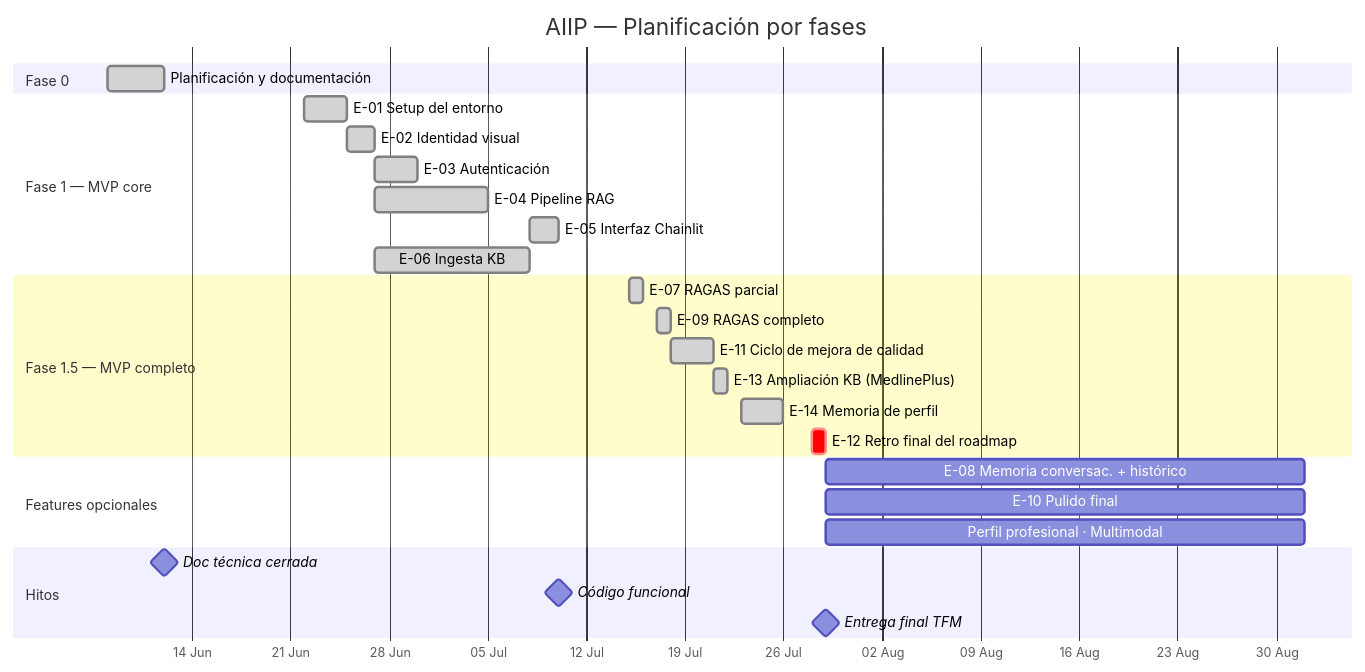
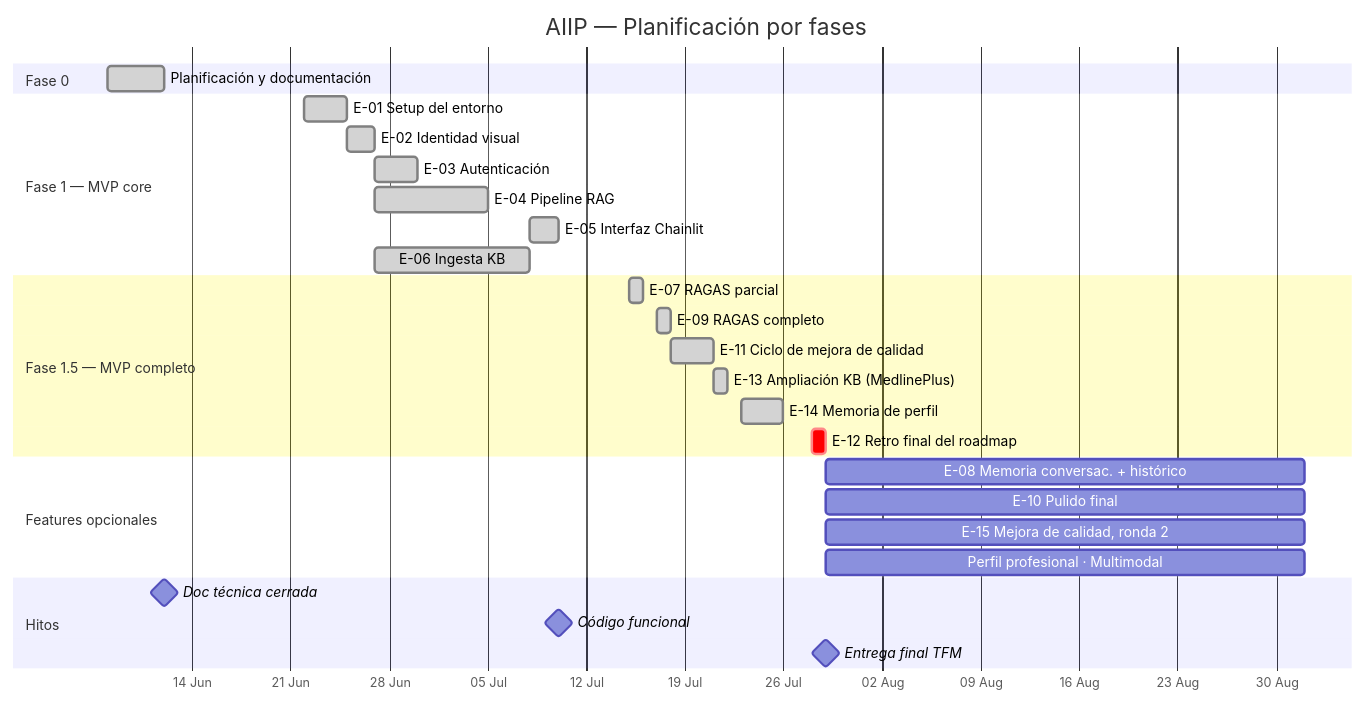
Before and after one commit to mimpho/aiip: the diagram in README.md, drawn with Mermaid. The commit also changed other lines of this file and 2 other files, not shown here.

````diff
--- a/README.md
+++ b/README.md
@@ -69,35 +70,36 @@
 ```mermaid
 gantt
     title AIIP — Planificación por fases
     dateFormat  YYYY-MM-DD
     axisFormat  %d %b
 
     section Fase 0
     Planificación y documentación     :done,    f0, 2026-06-08, 2026-06-12
 
     section Fase 1 — MVP core
     E-01 Setup del entorno            :done,    e01, 2026-06-22, 2026-06-25
     E-02 Identidad visual             :done,    e02, 2026-06-25, 2026-06-27
     E-03 Autenticación                :done,    e03, 2026-06-27, 2026-06-30
     E-04 Pipeline RAG                 :done,    e04, 2026-06-27, 2026-07-05
     E-05 Interfaz Chainlit            :done,    e05, 2026-07-08, 2026-07-10
     E-06 Ingesta KB                   :done,    e06, 2026-06-27, 2026-07-08
 
     section Fase 1.5 — MVP completo
     E-07 RAGAS parcial                :done,    e07, 2026-07-15, 2026-07-16
     E-09 RAGAS completo                :done,    e09, 2026-07-17, 2026-07-18
     E-11 Ciclo de mejora de calidad   :done,    e11, 2026-07-18, 2026-07-21
     E-13 Ampliación KB (MedlinePlus)  :done,    e13, 2026-07-21, 2026-07-22
     E-14 Memoria de perfil            :done,    e14, 2026-07-23, 2026-07-26
     E-12 Retro final del roadmap      :crit,    e12, 2026-07-28, 2026-07-29
 
     section Features opcionales
     E-08 Memoria conversac. + histórico :       e08, 2026-07-29, 2026-09-01
     E-10 Pulido final                 :         e10, 2026-07-29, 2026-09-01
+    E-15 Mejora de calidad, ronda 2   :         e15, 2026-07-29, 2026-09-01
     Perfil profesional · Multimodal   :         fo, 2026-07-29, 2026-09-01
 
     section Hitos
     Doc técnica cerrada               :milestone, 2026-06-12, 0d
     Código funcional                  :milestone, 2026-07-10, 0d
     Entrega final TFM                 :milestone, 2026-07-29, 0d
 ```
````
